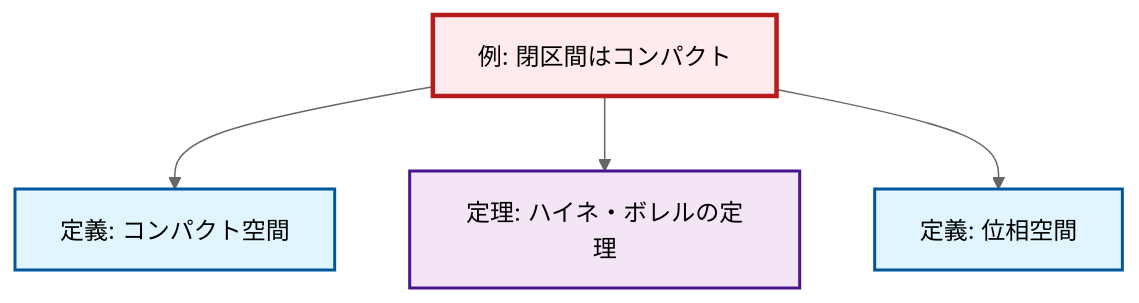
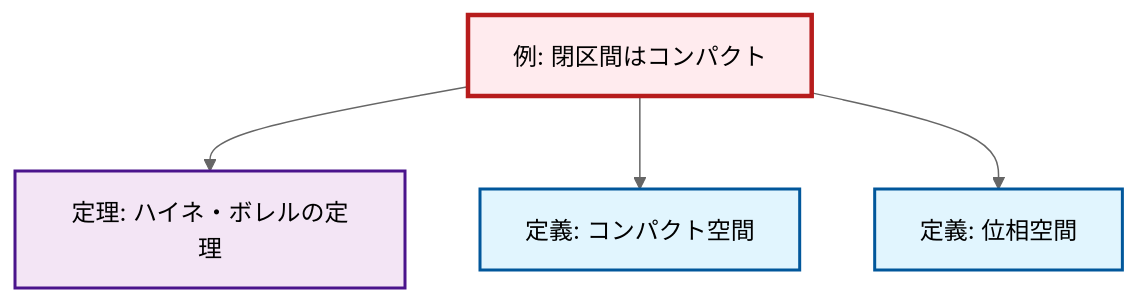
One commit to RK0429/ModernMath changed the diagram in content/ja/topology/ex-closed-interval-compact.qmd. Above: the diagram before and after it, drawn with Mermaid (neutral theme). The commit also changed 672 other files, not shown here.

````diff
--- a/content/ja/topology/ex-closed-interval-compact.qmd
+++ b/content/ja/topology/ex-closed-interval-compact.qmd
@@ -55,20 +55,20 @@
 ```{mermaid}
-%%| fig-cap: "Local dependency graph"
+%%| fig-cap: "ローカル依存関係グラフ"
 graph TD
     classDef definition fill:#e1f5fe,stroke:#01579b,stroke-width:2px
     classDef theorem fill:#f3e5f5,stroke:#4a148c,stroke-width:2px
     classDef axiom fill:#fff3e0,stroke:#e65100,stroke-width:2px
     classDef example fill:#e8f5e9,stroke:#1b5e20,stroke-width:2px
     classDef current fill:#ffebee,stroke:#b71c1c,stroke-width:3px
+    def-topological-space["定義: 位相空間"]:::definition
+    def-compact["定義: コンパクト空間"]:::definition
+    ex-closed-interval-compact["例: 閉区間はコンパクト"]:::example
     thm-heine-borel["定理: ハイネ・ボレルの定理"]:::theorem
-    ex-closed-interval-compact["例: 閉区間はコンパクト"]:::example
-    def-compact["定義: コンパクト空間"]:::definition
-    def-topological-space["定義: 位相空間"]:::definition
+    ex-closed-interval-compact --> thm-heine-borel
     ex-closed-interval-compact --> def-compact
-    ex-closed-interval-compact --> thm-heine-borel
     ex-closed-interval-compact --> def-topological-space
     class ex-closed-interval-compact current
+    click def-topological-space "def-topological-space.html" "位相空間の定義へ"
+    click def-compact "def-compact.html" "コンパクト空間の定義へ"
     click thm-heine-borel "thm-heine-borel.html" "ハイネ・ボレルの定理の定理へ"
-    click def-compact "def-compact.html" "コンパクト空間の定義へ"
-    click def-topological-space "def-topological-space.html" "位相空間の定義へ"
 ```
````
